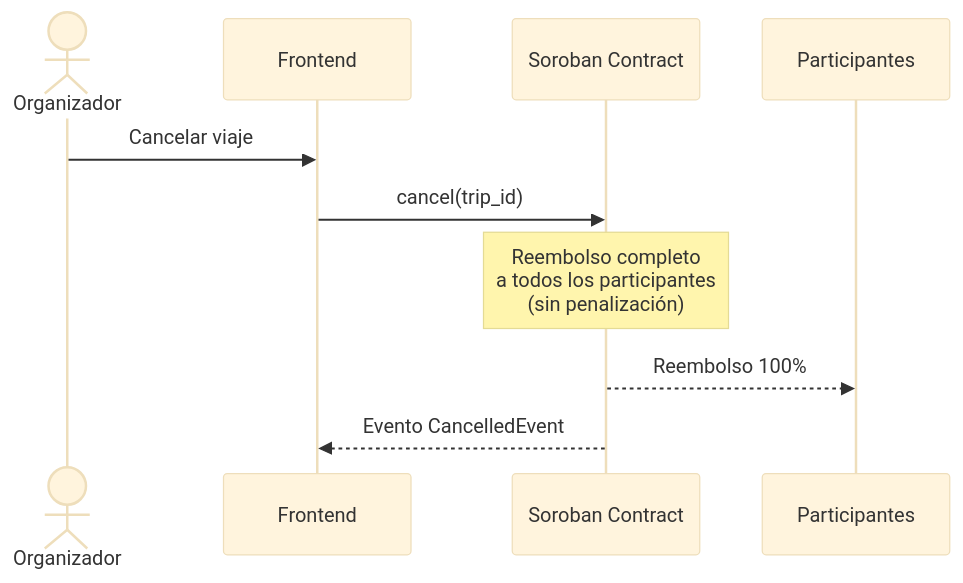
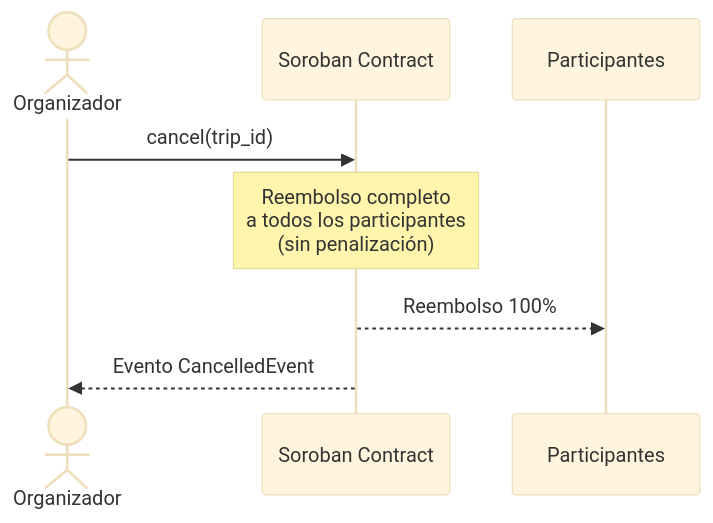
One commit to CoKeFish/Impacta-Bootcamp changed the ninth of 15 diagrams in ARCHITECTURE.md. Above: the diagram before and after it, drawn with Mermaid (base theme). The commit also changed other lines of this file and 9 other files, not shown here.

````diff
--- a/ARCHITECTURE.md
+++ b/ARCHITECTURE.md
@@ -322,12 +301,10 @@
 ```mermaid
 sequenceDiagram
     actor O as Organizador
-    participant FE as Frontend
     participant SC as Soroban Contract
     participant P as Participantes
-    O ->> FE: Cancelar viaje
-    FE ->> SC: cancel(trip_id)
+    O ->> SC: cancel(trip_id)
     Note over SC: Reembolso completo<br/>a todos los participantes<br/>(sin penalización)
     SC -->> P: Reembolso 100%
-    SC -->> FE: Evento CancelledEvent
+    SC -->> O: Evento CancelledEvent
 ```
````
